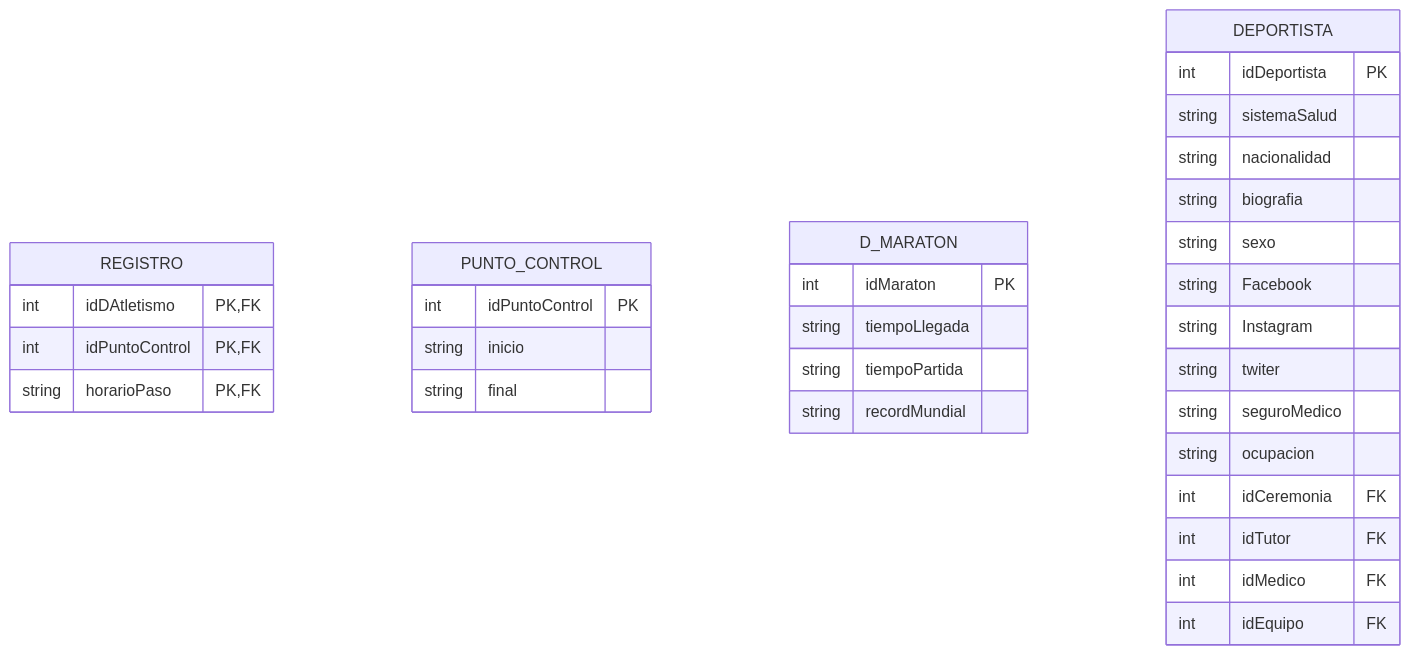
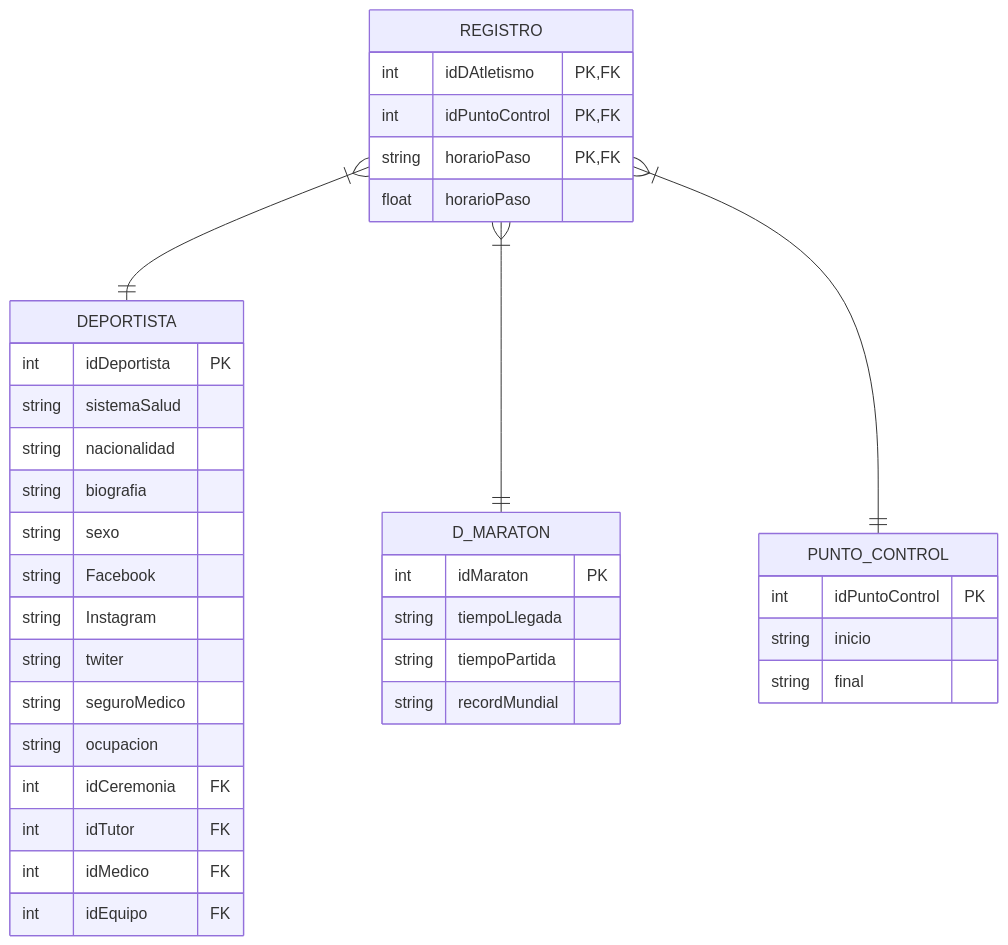
Before and after one commit to Maycol1414Cp/proyectoBD: the diagram in ternariapc.md, drawn with Mermaid. The commit also changed 1 other file, not shown here.

````diff
--- a/ternariapc.md
+++ b/ternariapc.md
@@ -1,35 +1,41 @@
 ```mermaid
 erDiagram
     REGISTRO {
         int idDAtletismo PK,FK
         int idPuntoControl PK,FK
         string horarioPaso PK,FK
+        float horarioPaso
     }
     PUNTO_CONTROL {
         int idPuntoControl PK
         string inicio
         string final
     }
     D_MARATON {
         int idMaraton PK
         string tiempoLlegada
         string tiempoPartida
         string recordMundial
     }
     DEPORTISTA {
         int idDeportista PK
         string sistemaSalud
         string nacionalidad
         string biografia
         string sexo
         string Facebook
         string Instagram
         string twiter
         string seguroMedico
         string ocupacion
         int idCeremonia FK
         int idTutor FK
         int idMedico FK
         int idEquipo FK
     }  
+
+    REGISTRO }|--|| DEPORTISTA :""
+    REGISTRO }|--|| D_MARATON :""
+    REGISTRO }|--|| PUNTO_CONTROL :""
+    
 ```
````
